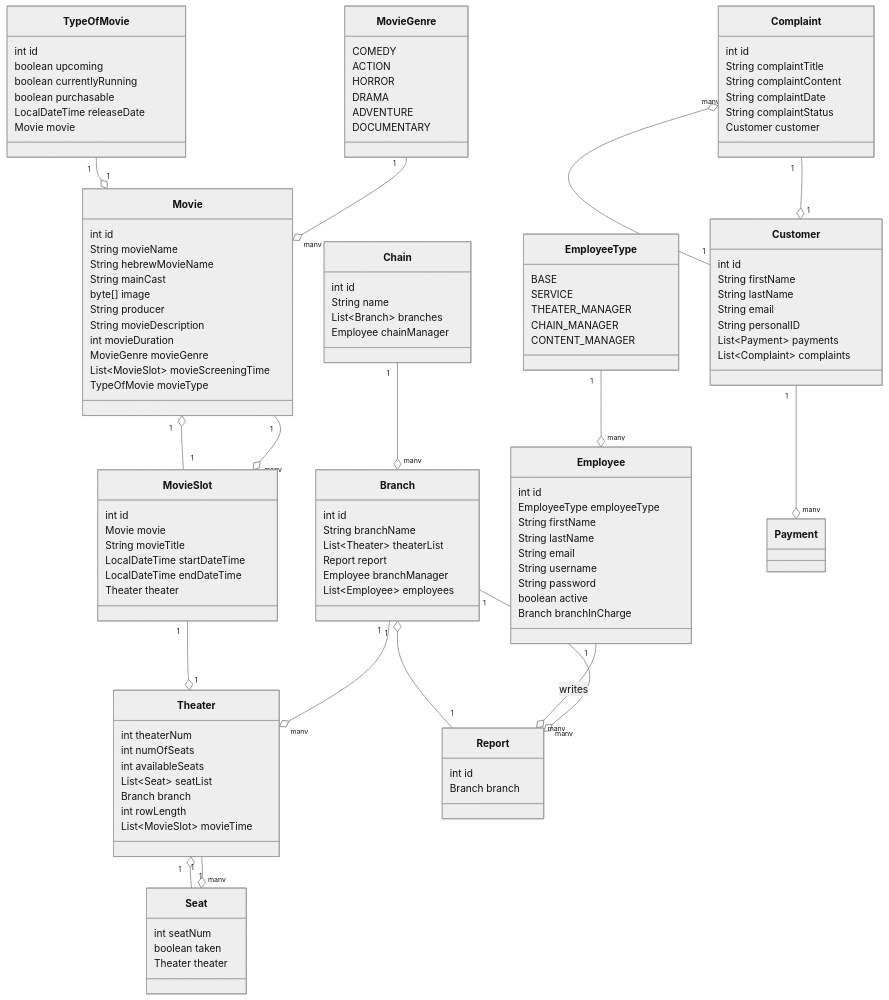
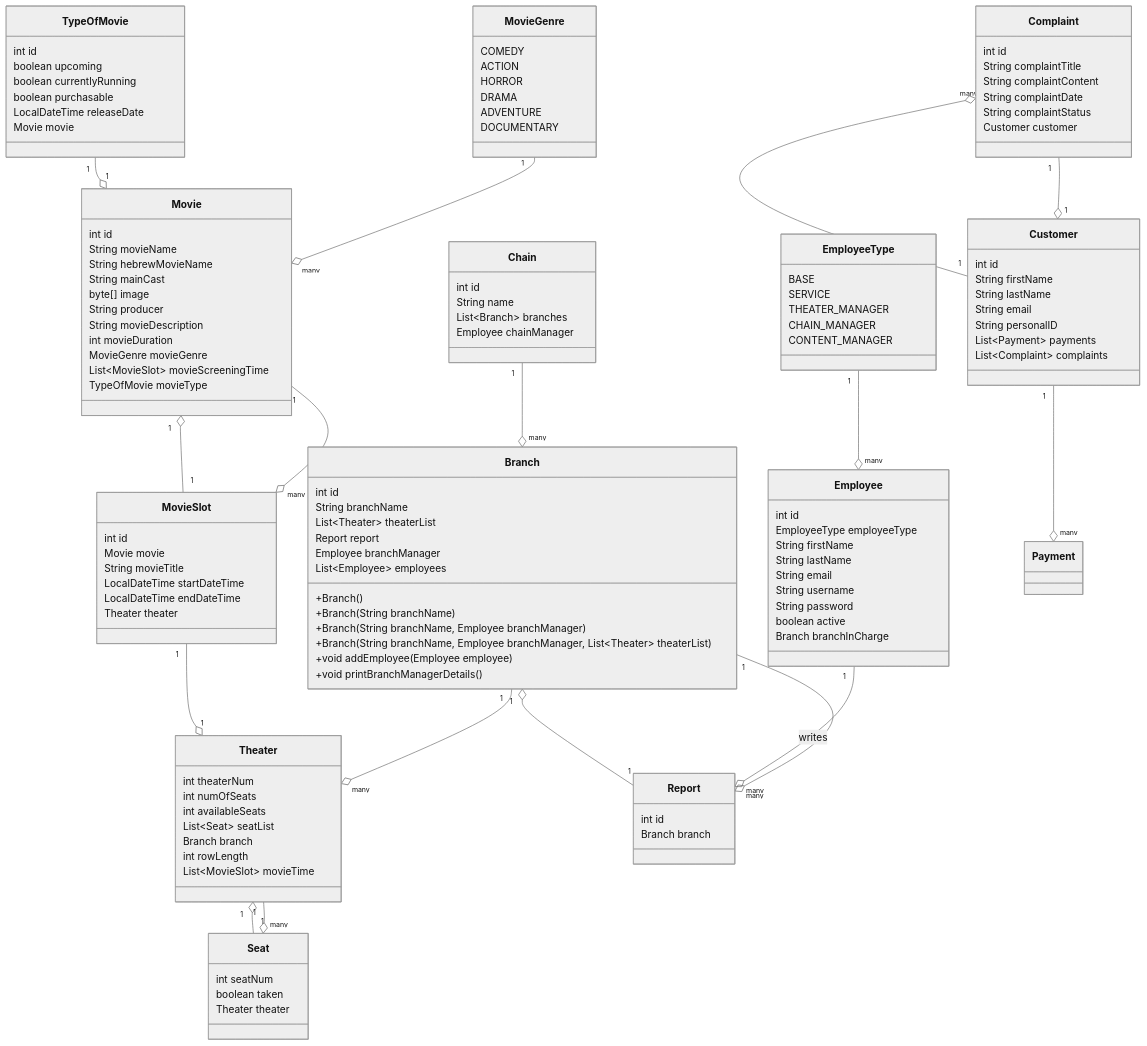
Before and after one commit to evya1/software_design_project: the first of 2 diagrams in doc/ENTITY_OVERVIEW.md, drawn with Mermaid (neutral theme). The commit also changed 3 other files, not shown here.

```diff
--- a/doc/ENTITY_OVERVIEW.md
+++ b/doc/ENTITY_OVERVIEW.md
@@ -26,6 +26,12 @@
     Report report
     Employee branchManager
     List~Employee~ employees
+    +Branch()
+    +Branch(String branchName)
+    +Branch(String branchName, Employee branchManager)
+    +Branch(String branchName, Employee branchManager, List~Theater~ theaterList)
+    +void addEmployee(Employee employee)
+    +void printBranchManagerDetails()
   }
   class Chain {
     int id
```
